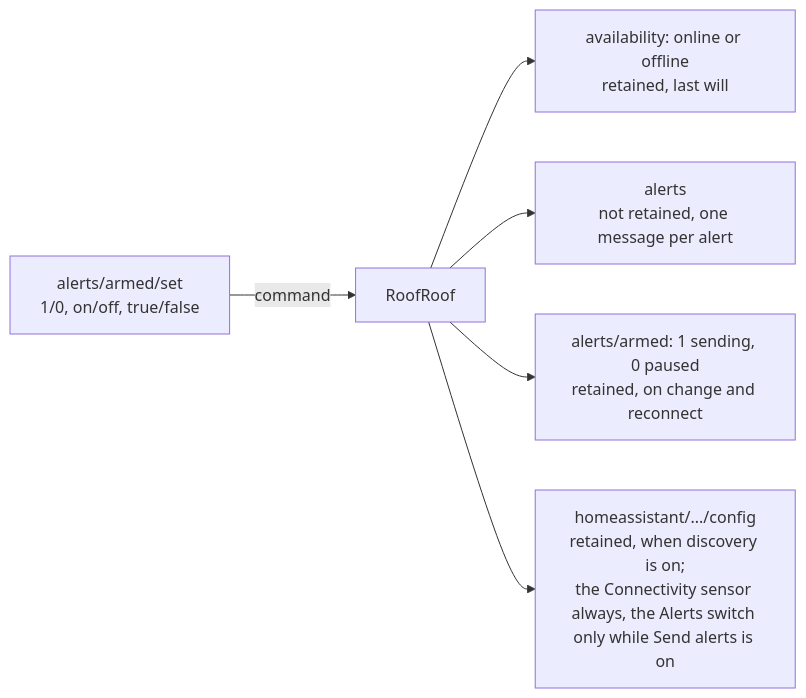
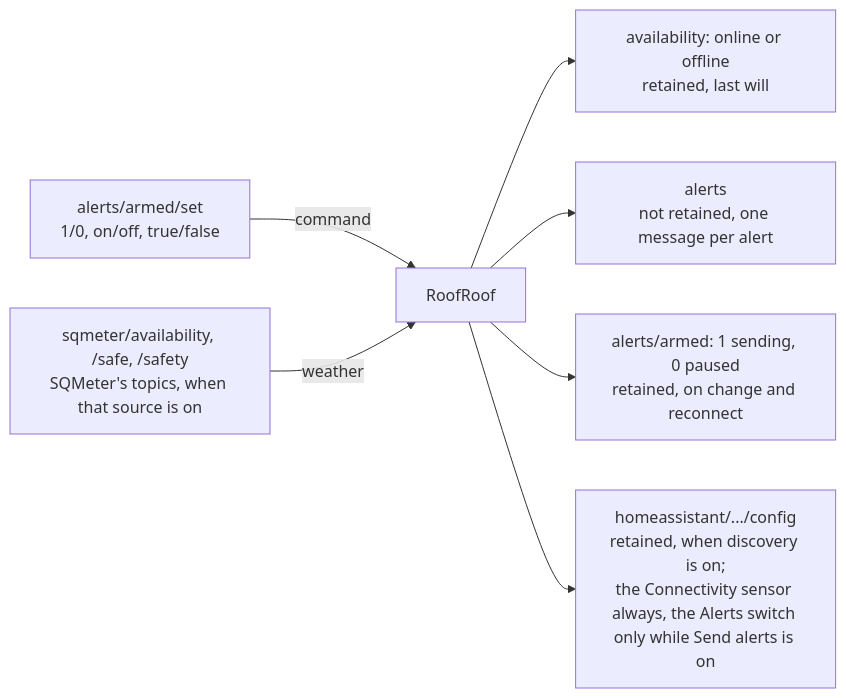
The diagram in docs/user-guide/mqtt.md (DeanJ87/RoofRoof), drawn with Mermaid before and after one commit. The commit also changed other lines of this file and 28 other files, not shown here.

Commit message:
004: SQMeter and N.I.N.A. pollers, MQTT safety topics, verdict logging; docs, diagrams, schemas

````diff
--- a/docs/user-guide/mqtt.md
+++ b/docs/user-guide/mqtt.md
@@ -57,10 +65,11 @@
 ```mermaid
 flowchart LR
     accTitle: MQTT topic map
-    accDescr: RoofRoof listens on alerts/armed/set and publishes availability, alerts and alerts/armed under its base topic, plus Home Assistant discovery under the discovery prefix.
+    accDescr: RoofRoof listens on alerts/armed/set and, when SQMeter over MQTT is a weather source, SQMeter's availability, safe and safety topics; it publishes availability, alerts and alerts/armed under its base topic, plus Home Assistant discovery under the discovery prefix.
     SET["alerts/armed/set<br/>1/0, on/off, true/false"] -->|command| D["RoofRoof"]
+    SQM["sqmeter/availability, /safe, /safety<br/>SQMeter's topics, when that source is on"] -->|weather| D
     D --> AVAIL["availability: online or offline<br/>retained, last will"]
     D --> ALERTS["alerts<br/>not retained, one message per alert"]
     D --> ARMED["alerts/armed: 1 sending, 0 paused<br/>retained, on change and reconnect"]
     D --> DISC["homeassistant/.../config<br/>retained, when discovery is on;<br/>the Connectivity sensor always, the Alerts switch only while Send alerts is on"]
 ```
````
